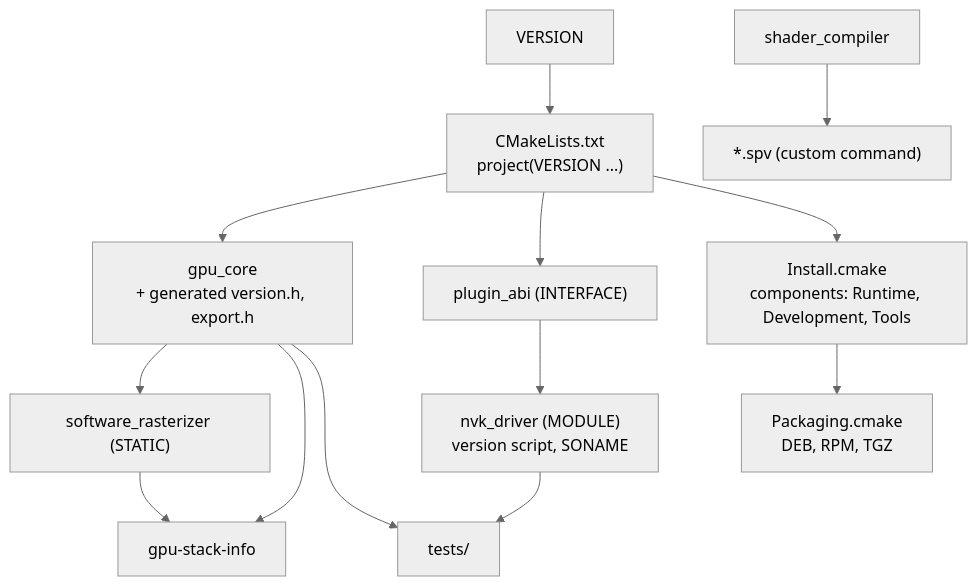
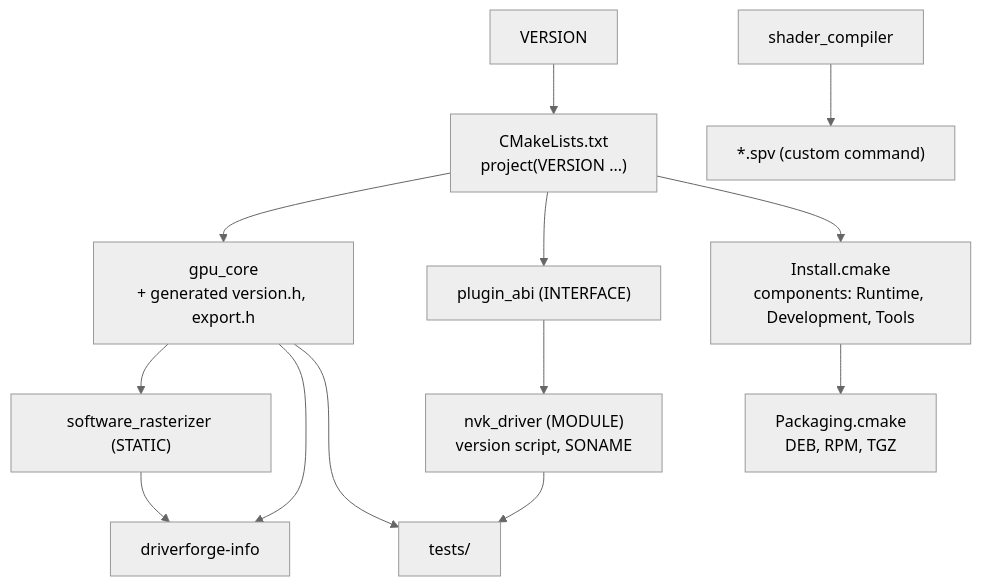
Before and after one commit to 7shantanu7/driverforge: the first of 2 diagrams in docs/ARCHITECTURE.md, drawn with Mermaid (neutral theme). The commit also changed other lines of this file and 55 other files, not shown here.

````diff
--- a/docs/ARCHITECTURE.md
+++ b/docs/ARCHITECTURE.md
@@ -25,15 +25,15 @@
 ```mermaid
 flowchart TD
     version["VERSION"] --> cmake["CMakeLists.txt<br/>project(VERSION ...)"]
     cmake --> core["gpu_core<br/>+ generated version.h, export.h"]
     cmake --> abi["plugin_abi (INTERFACE)"]
     abi --> nvk["nvk_driver (MODULE)<br/>version script, SONAME"]
     core --> sw["software_rasterizer (STATIC)"]
-    core --> info["gpu-stack-info"]
+    core --> info["driverforge-info"]
     sw --> info
     sc["shader_compiler"] --> spv["*.spv (custom command)"]
     core --> tests["tests/"]
     nvk --> tests
     cmake --> install["Install.cmake<br/>components: Runtime, Development, Tools"]
     install --> cpack["Packaging.cmake<br/>DEB, RPM, TGZ"]
 ```
````
